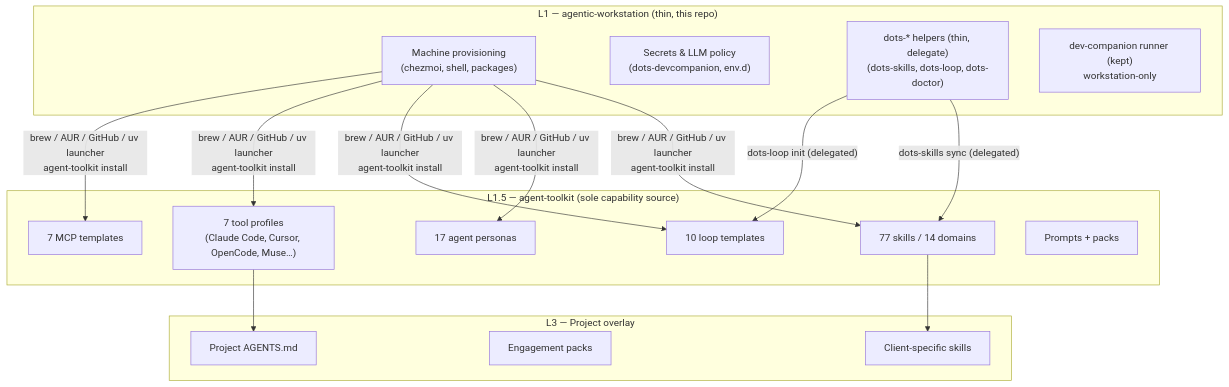
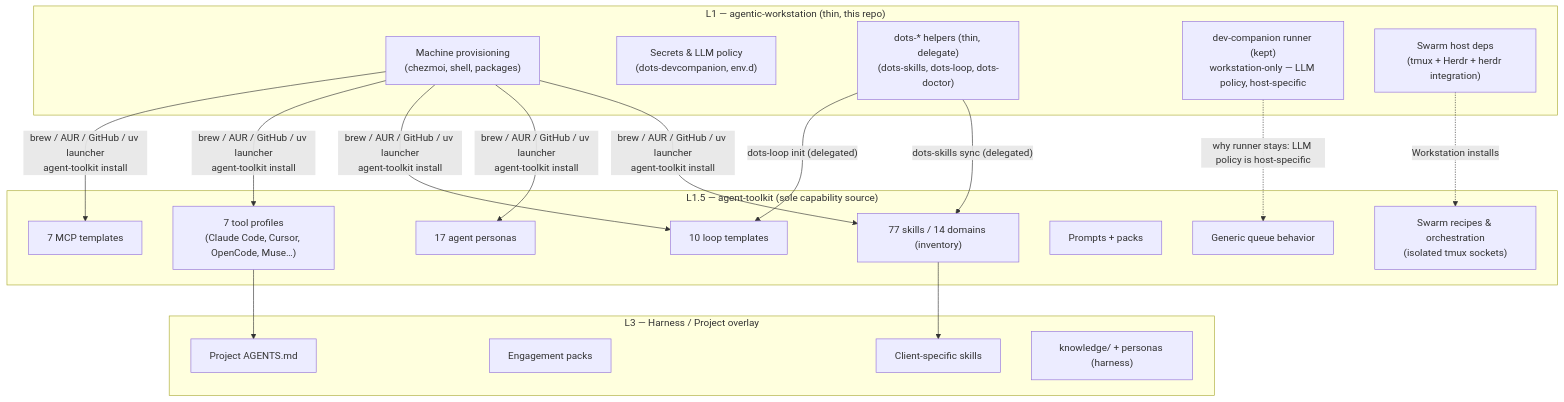
The second of 2 diagrams in docs/ARCHITECTURE.md (ulises-jeremias/agentic-workstation), drawn with Mermaid before and after one commit. The commit also changed other lines of this file and 21 other files, not shown here.

````diff
--- a/docs/ARCHITECTURE.md
+++ b/docs/ARCHITECTURE.md
@@ -66,34 +68,40 @@
 ```mermaid
 graph TD
     subgraph "L1 — agentic-workstation (thin, this repo)"
         AW1["Machine provisioning<br/>(chezmoi, shell, packages)"]
         AW2["Secrets & LLM policy<br/>(dots-devcompanion, env.d)"]
         AW3["dots-* helpers (thin, delegate)<br/>(dots-skills, dots-loop, dots-doctor)"]
-        AW4["dev-companion runner (kept)<br/>workstation-only"]
+        AW4["dev-companion runner (kept)<br/>workstation-only — LLM policy, host-specific"]
+        AW5["Swarm host deps<br/>(tmux + Herdr + herdr integration)"]
     end
 
     subgraph "L1.5 — agent-toolkit (sole capability source)"
-        AT1["77 skills / 14 domains"]
+        AT1["77 skills / 14 domains (inventory)"]
         AT2["17 agent personas"]
         AT3["10 loop templates"]
         AT4["7 tool profiles<br/>(Claude Code, Cursor, OpenCode, Muse…)"]
         AT5["7 MCP templates"]
         AT6["Prompts + packs"]
+        AT7["Swarm recipes & orchestration<br/>(isolated tmux sockets)"]
+        AT8["Generic queue behavior"]
     end
 
-    subgraph "L3 — Project overlay"
+    subgraph "L3 — Harness / Project overlay"
         PO1["Project AGENTS.md"]
         PO2["Engagement packs"]
         PO3["Client-specific skills"]
+        PO4["knowledge/ + personas (harness)"]
     end
 
     AW1 -->|"brew / AUR / GitHub / uv launcher<br/>agent-toolkit install"| AT1
     AW1 -->|"brew / AUR / GitHub / uv launcher<br/>agent-toolkit install"| AT2
     AW1 -->|"brew / AUR / GitHub / uv launcher<br/>agent-toolkit install"| AT3
     AW1 -->|"brew / AUR / GitHub / uv launcher<br/>agent-toolkit install"| AT4
     AW1 -->|"brew / AUR / GitHub / uv launcher<br/>agent-toolkit install"| AT5
+    AW5 -.->|"Workstation installs"| AT7
     AW3 -->|"dots-skills sync (delegated)"| AT1
     AW3 -->|"dots-loop init (delegated)"| AT3
+    AW4 -.->|"why runner stays: LLM policy is host-specific"| AT8
     AT1 --> PO3
     AT4 --> PO1
 ```
````
